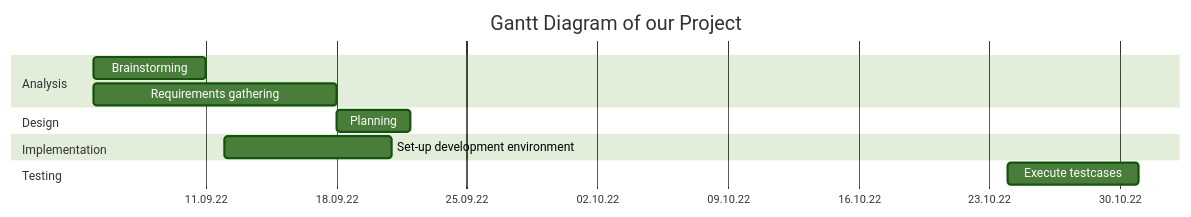
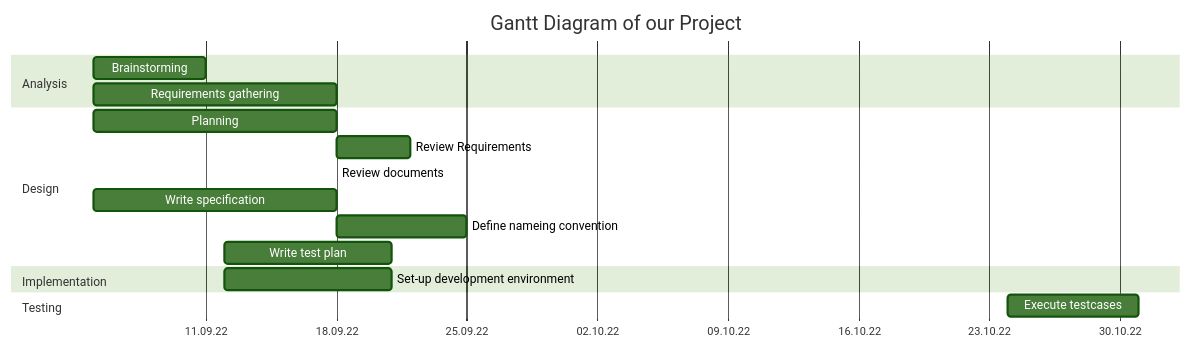
One commit to Timofey-Makhankov/Tic-Tac-Toe-Website changed the diagram in README.md. Above: the diagram before and after it, drawn with Mermaid (forest theme). The commit also changed other lines of this file, not shown here.

Commit message:
added to Gantt Diagram

````diff
--- a/README.md
+++ b/README.md
@@ -66,15 +68,20 @@
 ```mermaid
 gantt
     title Gantt Diagram of our Project
     dateFormat  DD.MM
     axisFormat  %d.%m.%y
     section Analysis
     Brainstorming:05.09,6d
     Requirements gathering:05.09, 13d
     section Design
-    Planning:18.09,4d
+    Planning:05.09,18.09
+    Review Requirements:18.09,4d
+    Review documents:18.09,4ds
+    Write specification:05.09,18.09
+    Define nameing convention:18.09,7d
+    Write test plan:12.09, 21.09
     section Implementation
     Set-up development environment:12.09, 9d
     section Testing
     Execute testcases: 24.10, 7d 
 ```
````
